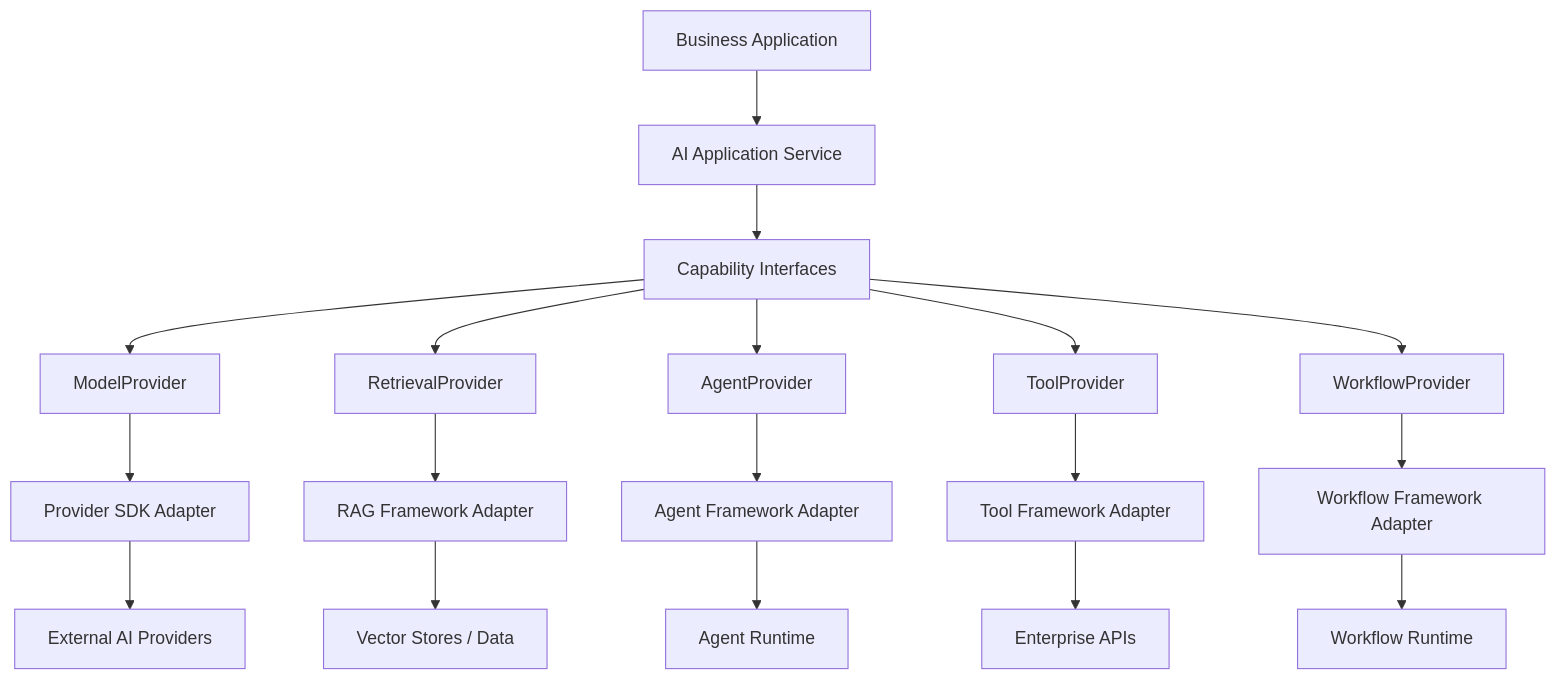
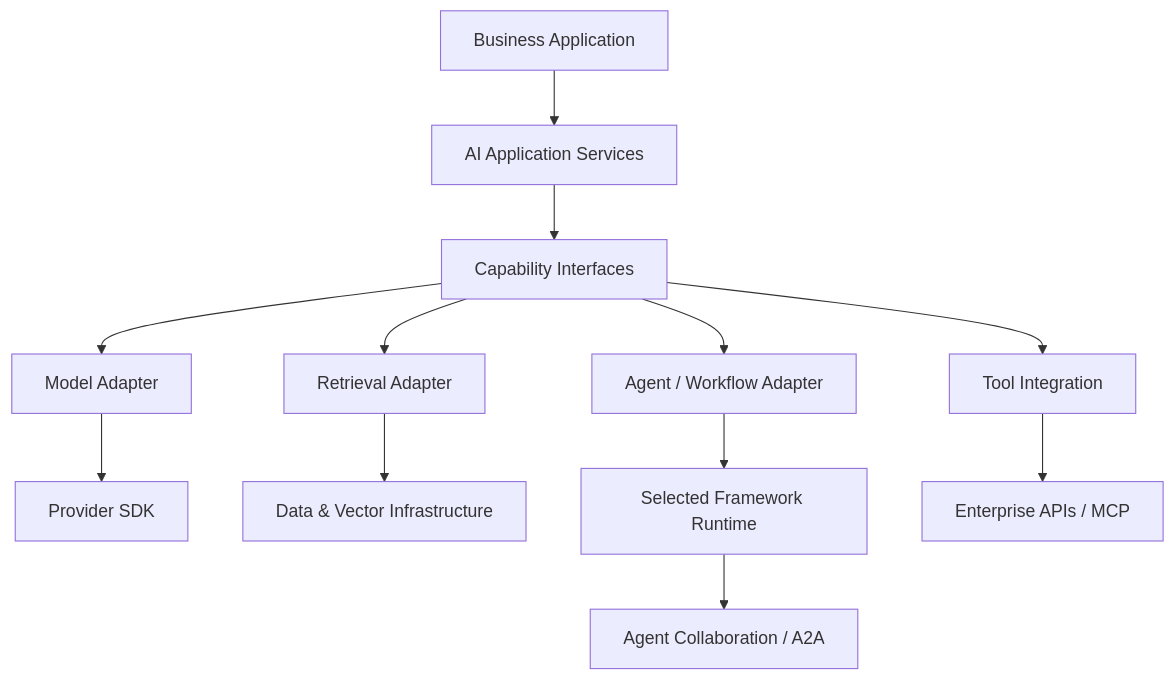
The second of 3 diagrams in docs/08-ai-engineering-frameworks/index.md (MihirKJha/enterprise-ai-engineering-handbook), drawn with Mermaid before and after one commit. The commit also changed other lines of this file and 47 other files, not shown here.

````diff
--- a/docs/08-ai-engineering-frameworks/index.md
+++ b/docs/08-ai-engineering-frameworks/index.md
@@ -717,25 +450,14 @@
 ```mermaid
 flowchart TD
-
-    A[Business Application] --> B[AI Application Service]
-
-    B --> C[Capability Interfaces]
-
-    C --> D[ModelProvider]
-    C --> E[RetrievalProvider]
-    C --> F[AgentProvider]
-    C --> G[ToolProvider]
-    C --> H[WorkflowProvider]
-
-    D --> I[Provider SDK Adapter]
-    E --> J[RAG Framework Adapter]
-    F --> K[Agent Framework Adapter]
-    G --> L[Tool Framework Adapter]
-    H --> M[Workflow Framework Adapter]
-
-    I --> N[External AI Providers]
-    J --> O[Vector Stores / Data]
-    K --> P[Agent Runtime]
-    L --> Q[Enterprise APIs]
-    M --> R[Workflow Runtime]
+    A["Business Application"] --> B["AI Application Services"]
+    B --> C["Capability Interfaces"]
+    C --> D["Model Adapter"]
+    C --> E["Retrieval Adapter"]
+    C --> F["Agent / Workflow Adapter"]
+    C --> G["Tool Integration"]
+    D --> H["Provider SDK"]
+    E --> I["Data & Vector Infrastructure"]
+    F --> J["Selected Framework Runtime"]
+    G --> K["Enterprise APIs / MCP"]
+    J --> L["Agent Collaboration / A2A"]
 ```
````
